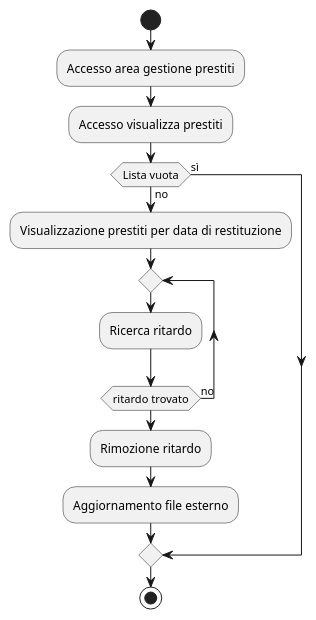
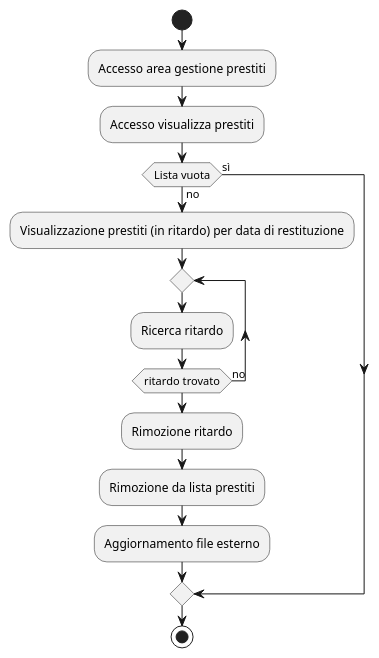
The diagram in Progettazione/AllDiagramsCode/ActivityDiagramsCode/RimozioneRitardo.wsd (amalinconico6-cpu/Biblioteca_universitaria_10), drawn with PlantUML before and after one commit. The commit also changed 3 other files, not shown here.

Commit message:
Modifica diagrammi di attività Prestiti

```diff
--- a/Progettazione/AllDiagramsCode/ActivityDiagramsCode/RimozioneRitardo.wsd
+++ b/Progettazione/AllDiagramsCode/ActivityDiagramsCode/RimozioneRitardo.wsd
@@ -1,20 +1,21 @@
 @startuml RimozioneRitardo
 start 
 :Accesso area gestione prestiti;
 :Accesso visualizza prestiti;
 if(Lista vuota) then (no)
-:Visualizzazione prestiti per data di restituzione;
+:Visualizzazione prestiti (in ritardo) per data di restituzione;
 
 repeat 
 :Ricerca ritardo;
 repeat while (ritardo trovato) is (no)
 
 :Rimozione ritardo;
+:Rimozione da lista prestiti;
 :Aggiornamento file esterno;
 
 else (sì)
 
 endif
 
 stop 
 @enduml
```
